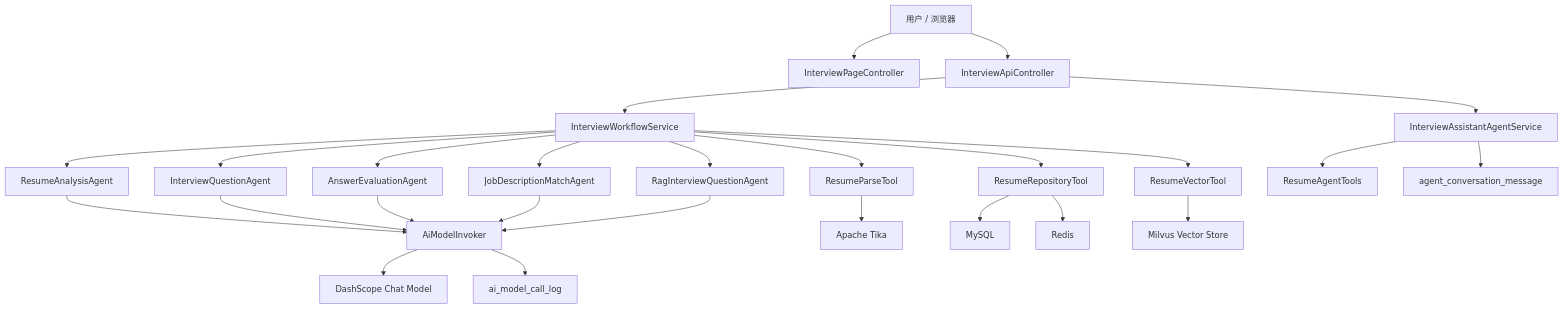
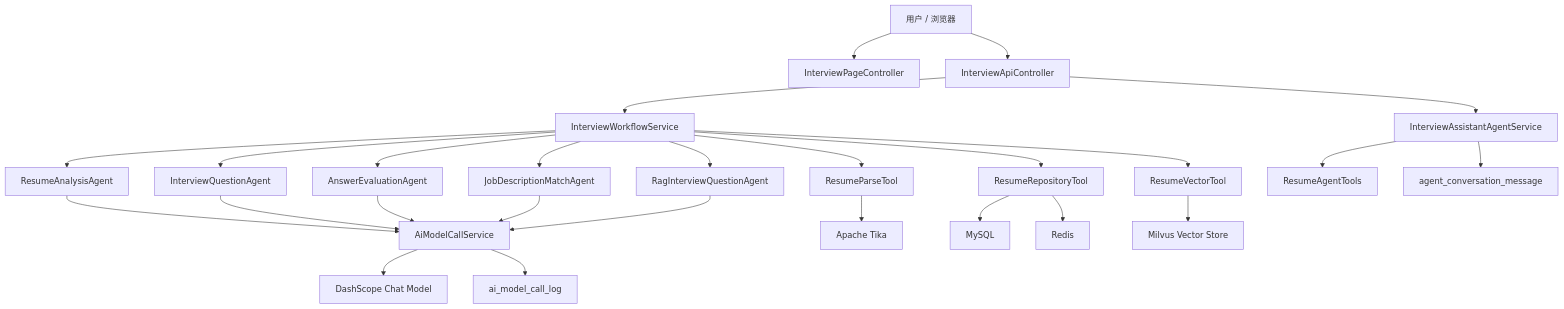
One commit to xiekunhuang2020/ai-interview-agent changed the diagram in docs/architecture.md. Above: the diagram before and after it, drawn with Mermaid. The commit also changed other lines of this file and 13 other files, not shown here.

````diff
--- a/docs/architecture.md
+++ b/docs/architecture.md
@@ -9,32 +9,32 @@
 ```mermaid
 flowchart TD
     U["用户 / 浏览器"] --> PC["InterviewPageController"]
     U --> AC["InterviewApiController"]
     AC --> O["InterviewWorkflowService"]
 
     O --> T1["ResumeParseTool"]
     O --> A1["ResumeAnalysisAgent"]
     O --> T2["ResumeRepositoryTool"]
     O --> T3["ResumeVectorTool"]
     O --> A2["InterviewQuestionAgent"]
     O --> A3["AnswerEvaluationAgent"]
     O --> A4["JobDescriptionMatchAgent"]
     O --> A5["RagInterviewQuestionAgent"]
 
-    A1 --> INV["AiModelInvoker"]
+    A1 --> INV["AiModelCallService"]
     A2 --> INV
     A3 --> INV
     A4 --> INV
     A5 --> INV
     INV --> LLM["DashScope Chat Model"]
     INV --> AUDIT["ai_model_call_log"]
 
     AC --> AS["InterviewAssistantAgentService"]
     AS --> TOOLCALL["ResumeAgentTools"]
     AS --> MSGAUDIT["agent_conversation_message"]
 
     T1 --> Tika["Apache Tika"]
     T2 --> MySQL["MySQL"]
     T2 --> Redis["Redis"]
     T3 --> Milvus["Milvus Vector Store"]
 ```
````
